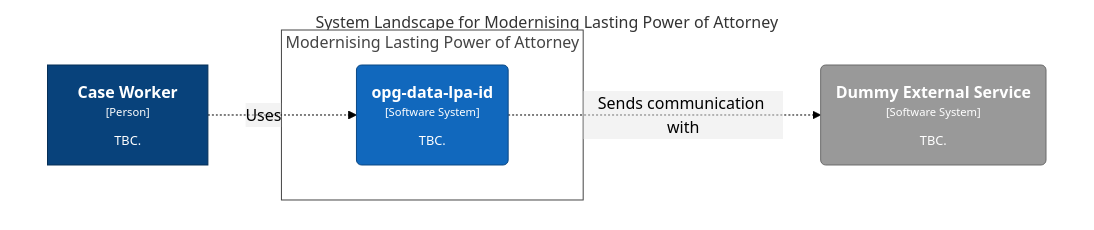
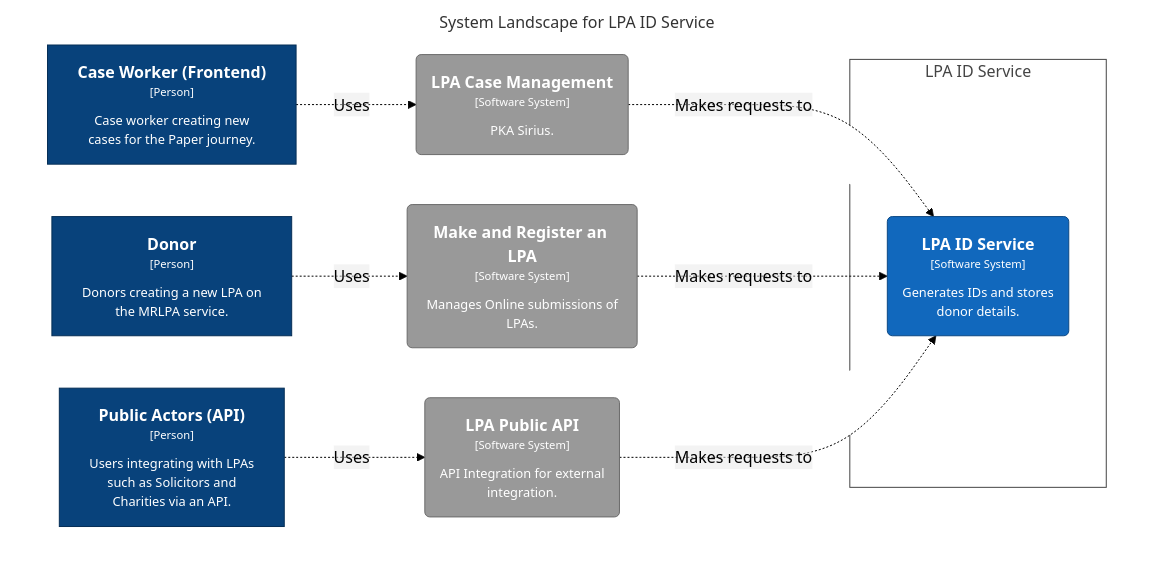
The diagram in docs/architecture/dsl/local/structurizr-1-SystemLandscape.mmd (ministryofjustice/opg-data-lpa-uid), drawn with Mermaid (forest theme) before and after one commit. The commit also changed 7 other files, not shown here.

```diff
--- a/docs/architecture/dsl/local/structurizr-1-SystemLandscape.mmd
+++ b/docs/architecture/dsl/local/structurizr-1-SystemLandscape.mmd
@@ -1,21 +1,33 @@
 graph TB
   linkStyle default fill:#ffffff
 
-  subgraph diagram [System Landscape for Modernising Lasting Power of Attorney]
+  subgraph diagram [System Landscape for LPA ID Service]
     style diagram fill:#ffffff,stroke:#ffffff
 
-    subgraph enterprise [Modernising Lasting Power of Attorney]
+    subgraph enterprise [LPA ID Service]
       style enterprise fill:#ffffff,stroke:#444444,color:#444444
 
-      2("<div style='font-weight: bold'>opg-data-lpa-id</div><div style='font-size: 70%; margin-top: 0px'>[Software System]</div><div style='font-size: 80%; margin-top:10px'>TBC.</div>")
-      style 2 fill:#1168bd,stroke:#0b4884,color:#ffffff
+      7("<div style='font-weight: bold'>LPA ID Service</div><div style='font-size: 70%; margin-top: 0px'>[Software System]</div><div style='font-size: 80%; margin-top:10px'>Generates IDs and stores<br />donor details.</div>")
+      style 7 fill:#1168bd,stroke:#0b4884,color:#ffffff
     end
 
-    1["<div style='font-weight: bold'>Case Worker</div><div style='font-size: 70%; margin-top: 0px'>[Person]</div><div style='font-size: 80%; margin-top:10px'>TBC.</div>"]
+    1["<div style='font-weight: bold'>Case Worker (Frontend)</div><div style='font-size: 70%; margin-top: 0px'>[Person]</div><div style='font-size: 80%; margin-top:10px'>Case worker creating new<br />cases for the Paper journey.</div>"]
     style 1 fill:#08427b,stroke:#052e56,color:#ffffff
-    8("<div style='font-weight: bold'>Dummy External Service</div><div style='font-size: 70%; margin-top: 0px'>[Software System]</div><div style='font-size: 80%; margin-top:10px'>TBC.</div>")
-    style 8 fill:#999999,stroke:#6b6b6b,color:#ffffff
+    2["<div style='font-weight: bold'>Donor</div><div style='font-size: 70%; margin-top: 0px'>[Person]</div><div style='font-size: 80%; margin-top:10px'>Donors creating a new LPA on<br />the MRLPA service.</div>"]
+    style 2 fill:#08427b,stroke:#052e56,color:#ffffff
+    3["<div style='font-weight: bold'>Public Actors (API)</div><div style='font-size: 70%; margin-top: 0px'>[Person]</div><div style='font-size: 80%; margin-top:10px'>Users integrating with LPAs<br />such as Solicitors and<br />Charities via an API.</div>"]
+    style 3 fill:#08427b,stroke:#052e56,color:#ffffff
+    4("<div style='font-weight: bold'>LPA Case Management</div><div style='font-size: 70%; margin-top: 0px'>[Software System]</div><div style='font-size: 80%; margin-top:10px'>PKA Sirius.</div>")
+    style 4 fill:#999999,stroke:#6b6b6b,color:#ffffff
+    5("<div style='font-weight: bold'>Make and Register an LPA</div><div style='font-size: 70%; margin-top: 0px'>[Software System]</div><div style='font-size: 80%; margin-top:10px'>Manages Online submissions of<br />LPAs.</div>")
+    style 5 fill:#999999,stroke:#6b6b6b,color:#ffffff
+    6("<div style='font-weight: bold'>LPA Public API</div><div style='font-size: 70%; margin-top: 0px'>[Software System]</div><div style='font-size: 80%; margin-top:10px'>API Integration for external<br />integration.</div>")
+    style 6 fill:#999999,stroke:#6b6b6b,color:#ffffff
 
-    2-. "<div>Sends communication with</div><div style='font-size: 70%'></div>" .->8
-    1-. "<div>Uses</div><div style='font-size: 70%'></div>" .->2
+    1-. "<div>Uses</div><div style='font-size: 70%'></div>" .->4
+    2-. "<div>Uses</div><div style='font-size: 70%'></div>" .->5
+    3-. "<div>Uses</div><div style='font-size: 70%'></div>" .->6
+    4-. "<div>Makes requests to</div><div style='font-size: 70%'></div>" .->7
+    5-. "<div>Makes requests to</div><div style='font-size: 70%'></div>" .->7
+    6-. "<div>Makes requests to</div><div style='font-size: 70%'></div>" .->7
   end
```
